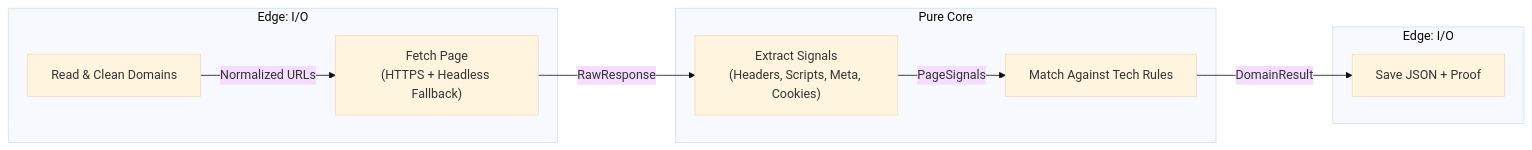
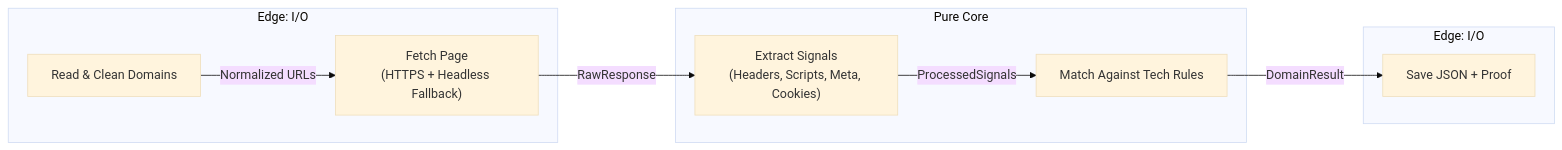
One commit to costin-cernea/web-tech-detector changed the diagram in docs/DESIGN.md. Above: the diagram before and after it, drawn with Mermaid (base theme). The commit also changed other lines of this file and 4 other files, not shown here.

Commit message:
Rename PageSignals to ProcessedResponse and preserve errors

````diff
--- a/docs/DESIGN.md
+++ b/docs/DESIGN.md
@@ -31,15 +31,15 @@
 ```mermaid
 flowchart LR
     subgraph EDGE_IN ["Edge: I/O"]
         A["Read & Clean Domains"] -->|Normalized URLs| B["Fetch Page<br/>(HTTPS + Headless Fallback)"]
     end
 
     subgraph CORE ["Pure Core"]
         B -->|RawResponse| C["Extract Signals<br/>(Headers, Scripts, Meta, Cookies)"]
-        C -->|PageSignals| D["Match Against Tech Rules"]
+        C -->|ProcessedSignals| D["Match Against Tech Rules"]
     end
 
     subgraph EDGE_OUT ["Edge: I/O"]
         D -->|DomainResult| E["Save JSON + Proof"]
     end
 ```
````
